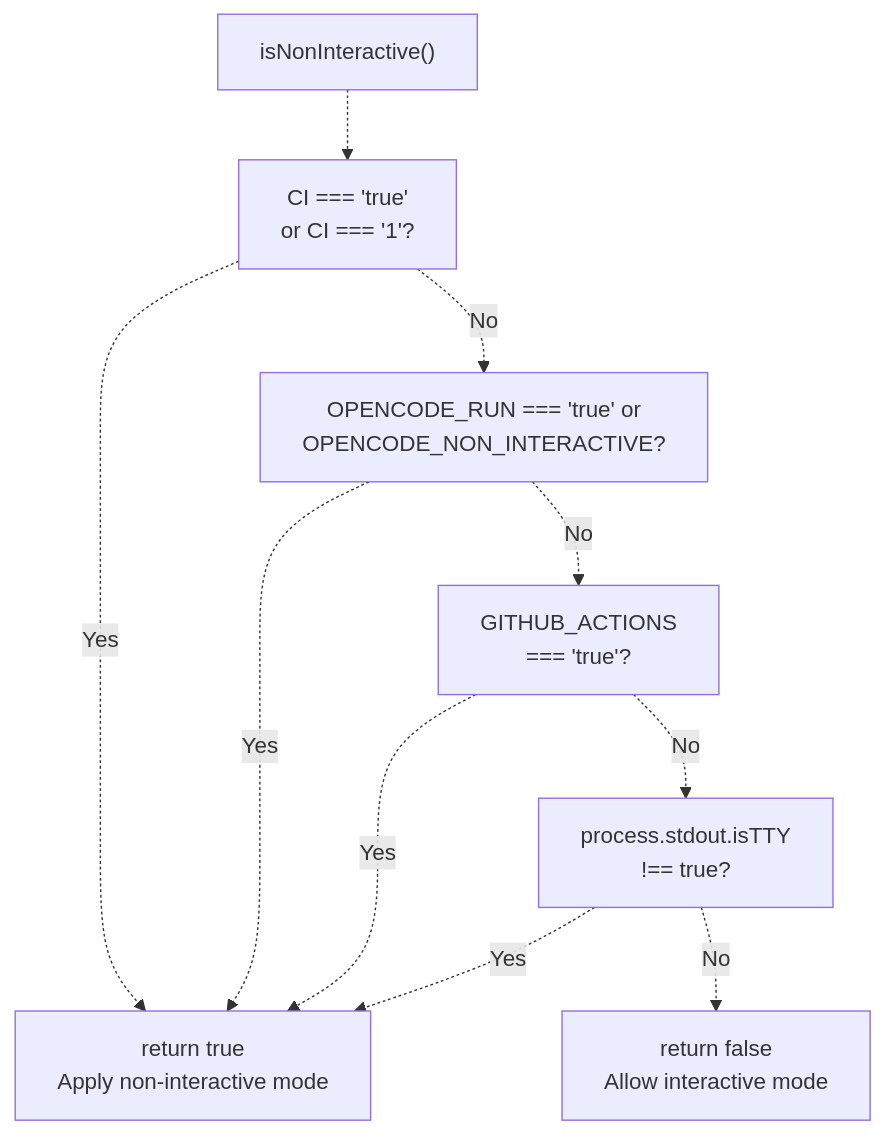
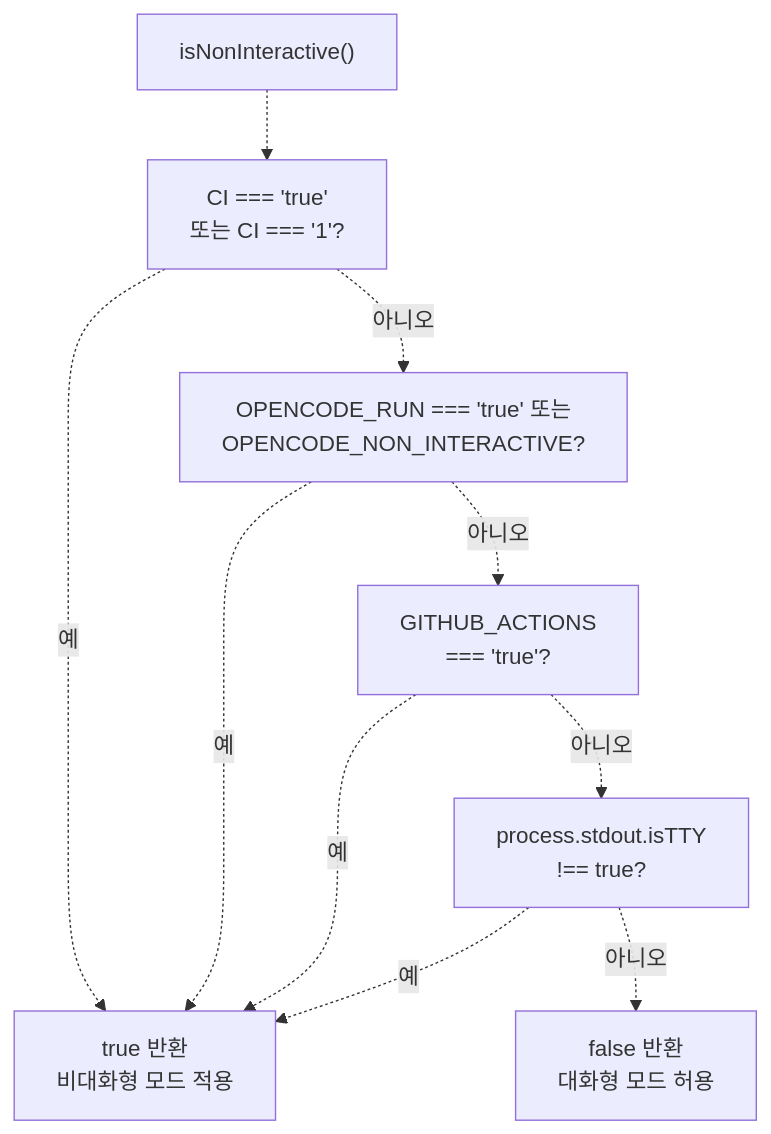
The third of 4 diagrams in docs/hooks/non-interactive-environment.md (felipetruman/oh-my-opencode-docs), drawn with Mermaid before and after one commit. The commit also changed other lines of this file and 76 other files, not shown here.

````diff
--- a/docs/hooks/non-interactive-environment.md
+++ b/docs/hooks/non-interactive-environment.md
@@ -252,21 +252,21 @@
 ```mermaid
 flowchart TD
 
 Start["isNonInteractive()"]
-CheckCI["CI === 'true'<br>or CI === '1'?"]
-CheckOpenCode["OPENCODE_RUN === 'true' or<br>OPENCODE_NON_INTERACTIVE?"]
+CheckCI["CI === 'true'<br>또는 CI === '1'?"]
+CheckOpenCode["OPENCODE_RUN === 'true' 또는<br>OPENCODE_NON_INTERACTIVE?"]
 CheckGitHub["GITHUB_ACTIONS<br>=== 'true'?"]
 CheckTTY["process.stdout.isTTY<br>!== true?"]
-ReturnTrue["return true<br>Apply non-interactive mode"]
-ReturnFalse["return false<br>Allow interactive mode"]
+ReturnTrue["true 반환<br>비대화형 모드 적용"]
+ReturnFalse["false 반환<br>대화형 모드 허용"]
 
 Start -.-> CheckCI
-CheckCI -.->|"Yes"| ReturnTrue
-CheckCI -.->|"No"| CheckOpenCode
-CheckOpenCode -.->|"Yes"| ReturnTrue
-CheckOpenCode -.->|"No"| CheckGitHub
-CheckGitHub -.->|"Yes"| ReturnTrue
-CheckGitHub -.->|"No"| CheckTTY
-CheckTTY -.->|"Yes"| ReturnTrue
-CheckTTY -.->|"No"| ReturnFalse
+CheckCI -.->|"예"| ReturnTrue
+CheckCI -.->|"아니오"| CheckOpenCode
+CheckOpenCode -.->|"예"| ReturnTrue
+CheckOpenCode -.->|"아니오"| CheckGitHub
+CheckGitHub -.->|"예"| ReturnTrue
+CheckGitHub -.->|"아니오"| CheckTTY
+CheckTTY -.->|"예"| ReturnTrue
+CheckTTY -.->|"아니오"| ReturnFalse
 ```
````
